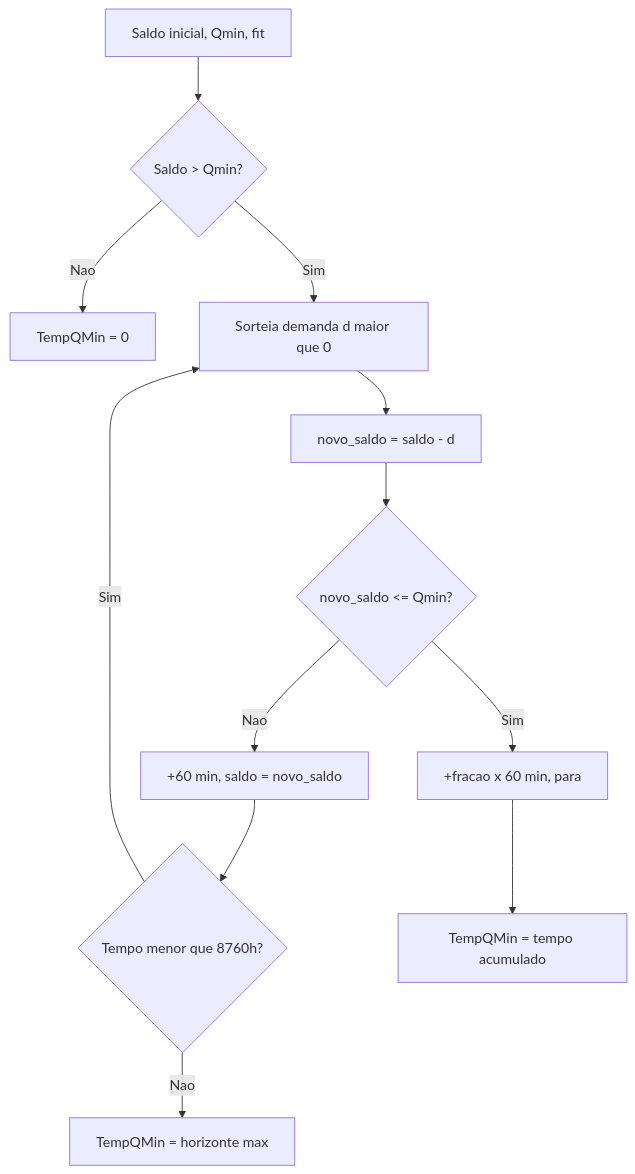
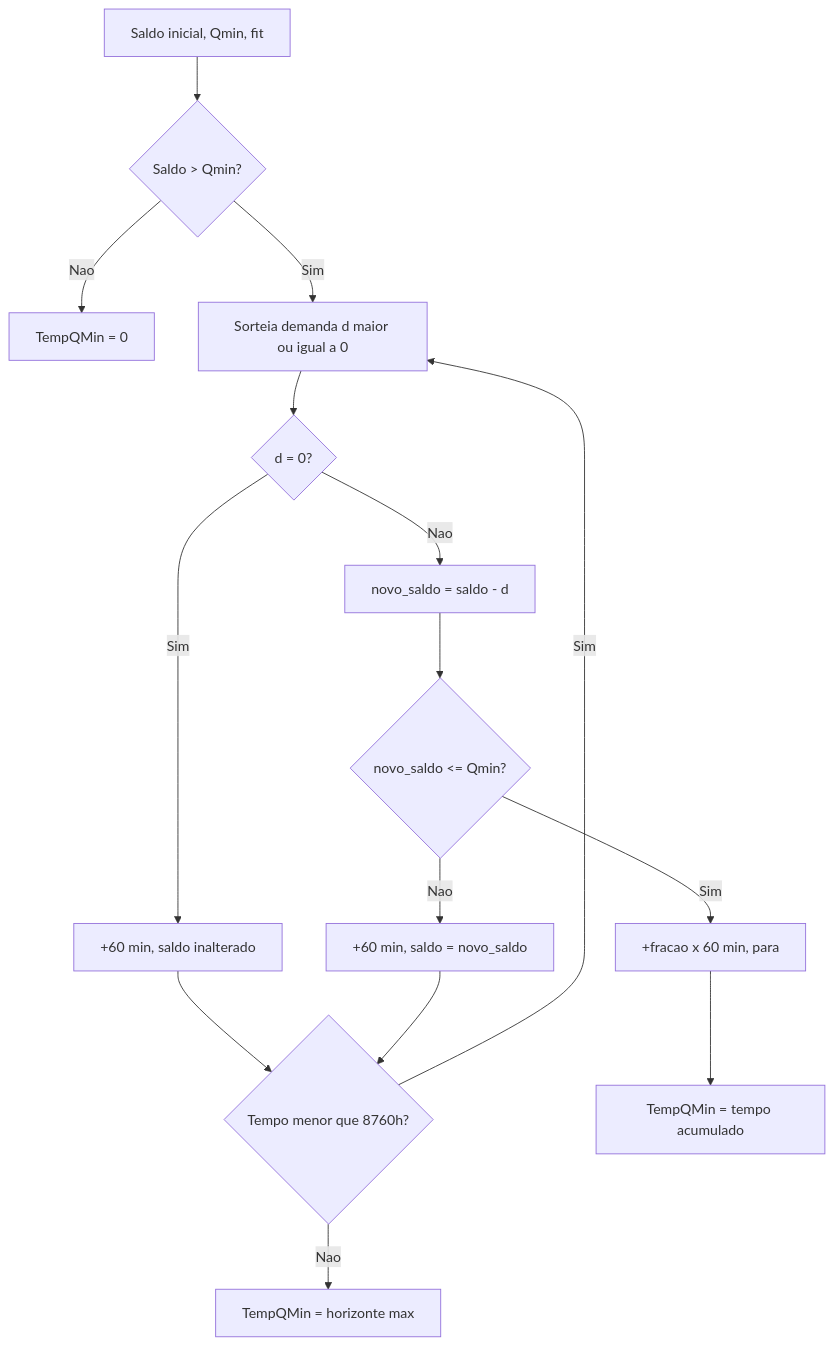
Before and after one commit to RicardoGuemba/Hospital_Demand_Distribution_Analyzer-: the diagram in docs/SIMULACAO_MONTE_CARLO_TEMQMIN.md, drawn with Mermaid. The commit also changed other lines of this file and 37 other files, not shown here.

````diff
--- a/docs/SIMULACAO_MONTE_CARLO_TEMQMIN.md
+++ b/docs/SIMULACAO_MONTE_CARLO_TEMQMIN.md
@@ -144,14 +149,17 @@
 ```mermaid
 flowchart TD
     start[Saldo inicial, Qmin, fit] --> check{Saldo > Qmin?}
     check -->|Nao| zero[TempQMin = 0]
-    check -->|Sim| loop[Sorteia demanda d maior que 0]
-    loop --> update["novo_saldo = saldo - d"]
+    check -->|Sim| loop[Sorteia demanda d maior ou igual a 0]
+    loop --> zeroHour{d = 0?}
+    zeroHour -->|Sim| hourZero["+60 min, saldo inalterado"]
+    hourZero --> horizon
+    zeroHour -->|Nao| update["novo_saldo = saldo - d"]
     update --> cross{novo_saldo <= Qmin?}
     cross -->|Nao| hour["+60 min, saldo = novo_saldo"]
     hour --> horizon{Tempo menor que 8760h?}
     horizon -->|Sim| loop
     horizon -->|Nao| cap[TempQMin = horizonte max]
     cross -->|Sim| frac["+fracao x 60 min, para"]
     frac --> done[TempQMin = tempo acumulado]
 ```
````
